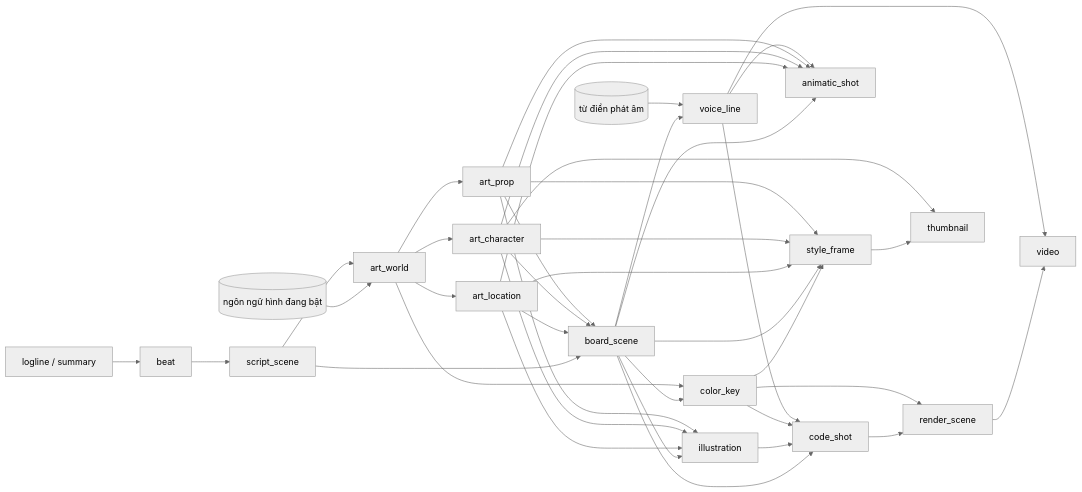
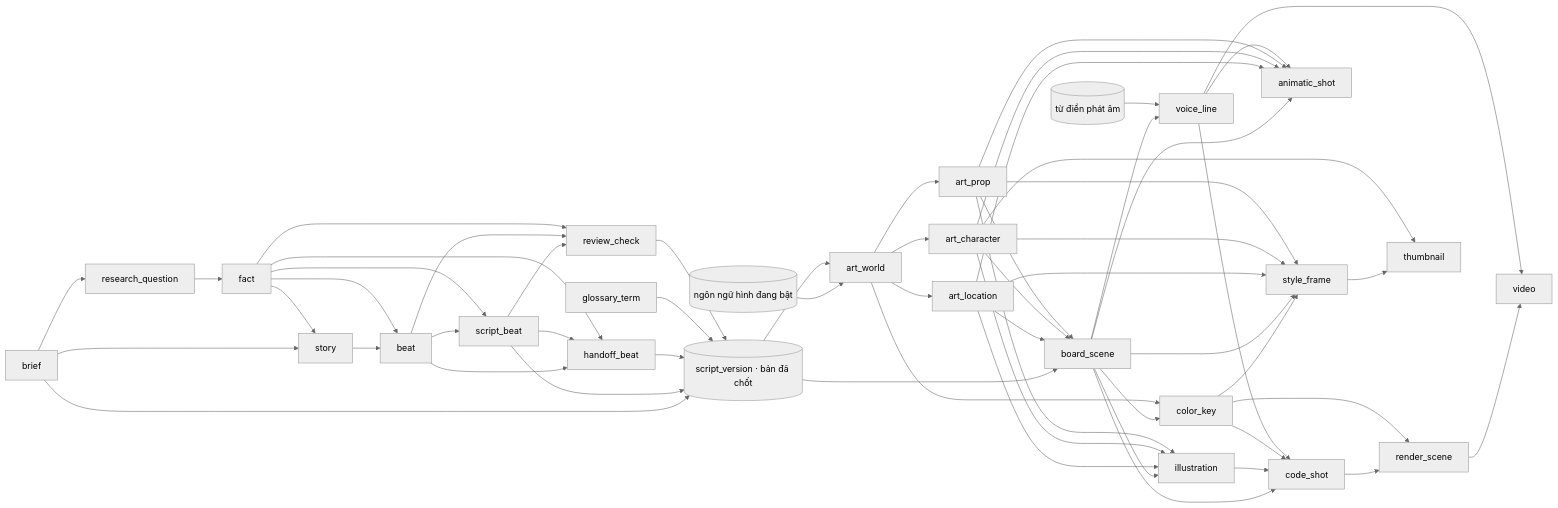
Before and after one commit to ngoc31031997/ConceptFlow: the diagram in aidlc-docs/inception/application-design/cr-072/components.md, drawn with Mermaid (neutral theme). The commit also changed other lines of this file and 15 other files, not shown here.

````diff
--- a/aidlc-docs/inception/application-design/cr-072/components.md
+++ b/aidlc-docs/inception/application-design/cr-072/components.md
@@ -18,17 +18,22 @@
 ```mermaid
 flowchart LR
-    LL[logline / summary] --> BT[beat]
-    BT --> SS[script_scene]
+    BR[brief] --> RQ[research_question] --> FA[fact]
+    BR & FA --> ST[story]
+    ST & FA --> BT[beat]
+    BT & FA --> SB[script_beat]
+    SB & BT & FA --> RC[review_check]
+    BT & SB & FA --> HO[handoff_beat]
+    BR & SB & HO & GL[glossary_term] & RC --> SV[(script_version · bản đã chốt)]
     VL[(ngôn ngữ hình đang bật)] --> AW[art_world]
-    SS --> AW --> AL[art_location] & AC[art_character] & AP[art_prop]
-    SS & AL & AC & AP --> BS[board_scene]
+    SV --> AW --> AL[art_location] & AC[art_character] & AP[art_prop]
+    SV & AL & AC & AP --> BS[board_scene]
     BS & AW --> CK[color_key]
     CK & BS & AL & AC & AP --> SF[style_frame]
     BS & PD[(từ điển phát âm)] --> VO[voice_line]
     BS & AL & AC & AP & VO --> AN[animatic_shot]
     BS & AL & AC & AP --> IL[illustration]
     BS & IL & CK & VO --> CS[code_shot]
     CS & CK --> RS[render_scene]
     RS & VO --> FV[video]
     SF & AC --> TH[thumbnail]
 ```
````
